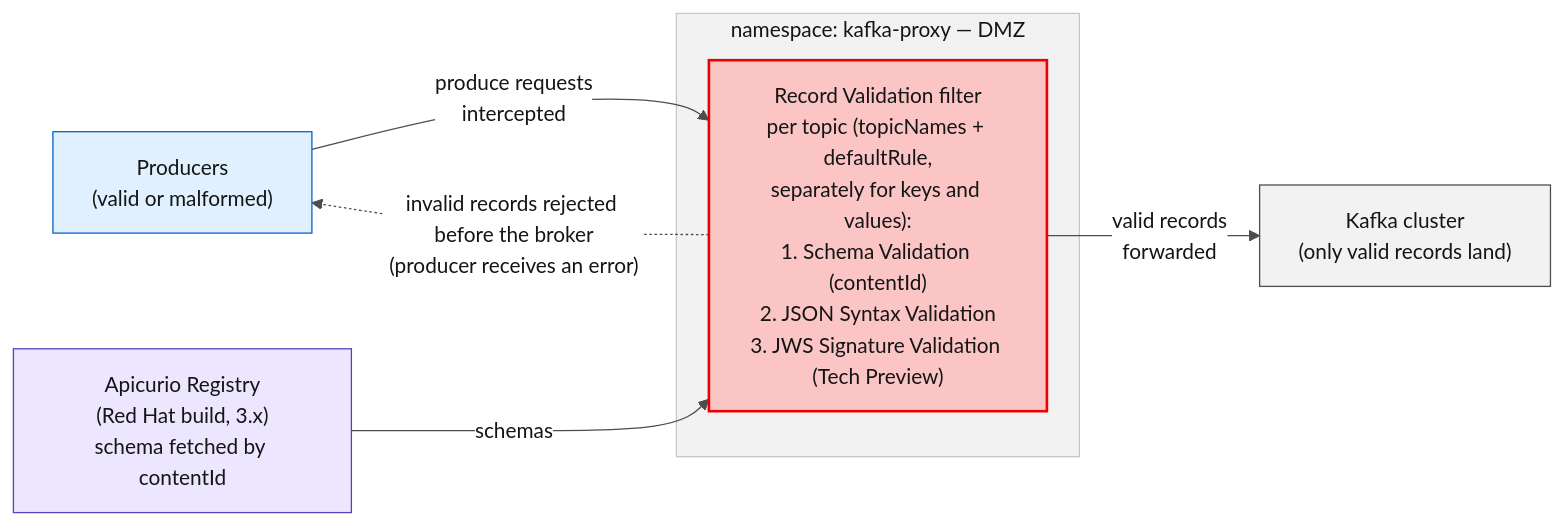
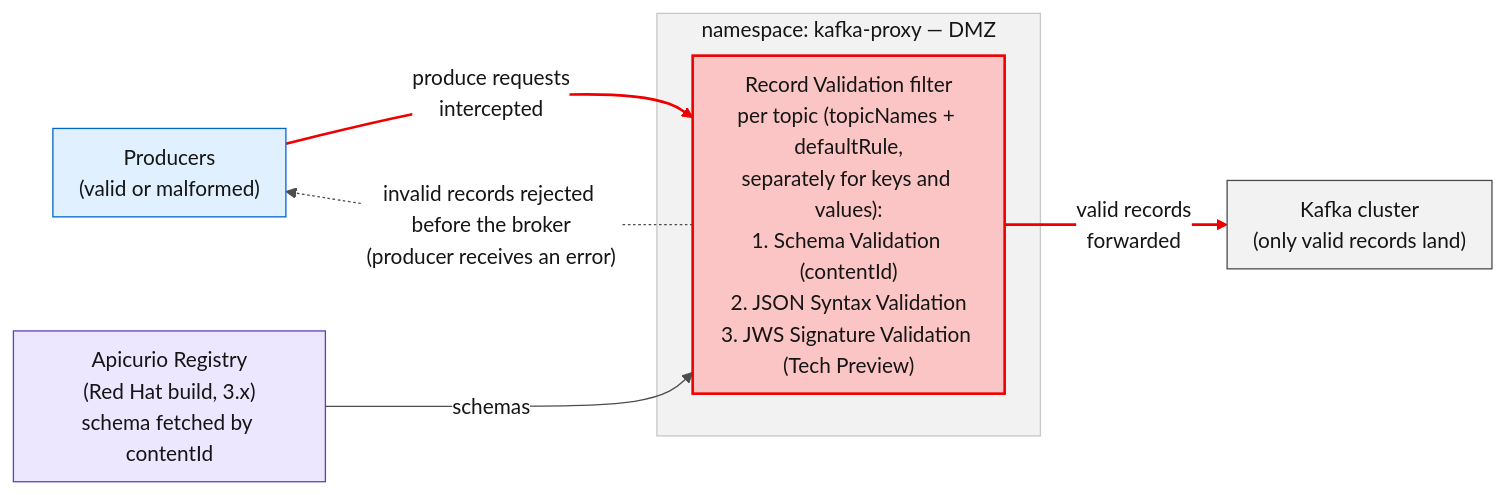
One commit to jcordes73/kafka-proxy-use-cases changed the eighth of 10 diagrams in README.md. Above: the diagram before and after it, drawn with Mermaid. The commit also changed other lines of this file and 11 other files, not shown here.

````diff
--- a/README.md
+++ b/README.md
@@ -404,19 +430,24 @@
 ```mermaid
-%%{init: {"theme":"base","themeVariables":{"fontFamily":"Red Hat Text, Red Hat Display, sans-serif","primaryColor":"#FFFFFF","primaryTextColor":"#151515","primaryBorderColor":"#C7C7C7","lineColor":"#4D4D4D","secondaryColor":"#F2F2F2","tertiaryColor":"#F2F2F2","clusterBkg":"#F2F2F2","clusterBorder":"#C7C7C7","edgeLabelBackground":"#FFFFFF","titleColor":"#151515"},"sequence":{"messageMargin":12,"noteMargin":5,"boxMargin":5,"boxTextMargin":3,"bottomMarginAdj":1,"mirrorActors":false}}}%%
+%%{init: {"theme":"base","themeVariables":{"fontFamily":"Red Hat Text, Red Hat Display, sans-serif","primaryColor":"#FFFFFF","primaryTextColor":"#151515","primaryBorderColor":"#C7C7C7","lineColor":"#4D4D4D","secondaryColor":"#F2F2F2","tertiaryColor":"#F2F2F2","clusterBkg":"#F2F2F2","clusterBorder":"#C7C7C7","edgeLabelBackground":"#FFFFFF","titleColor":"#151515"},"flowchart":{"curve":"basis","nodeSpacing":45,"rankSpacing":55,"padding":10}}}%%
 flowchart LR
     PR["Producers<br/>(valid or malformed)"]
     subgraph proxyNs["namespace: kafka-proxy — DMZ"]
         F["Record Validation filter<br/>per topic (topicNames + defaultRule,<br/>separately for keys and values):<br/>1. Schema Validation (contentId)<br/>2. JSON Syntax Validation<br/>3. JWS Signature Validation (Tech Preview)"]
     end
     AR["Apicurio Registry<br/>(Red Hat build, 3.x)<br/>schema fetched by contentId"]
     BK["Kafka cluster<br/>(only valid records land)"]
     PR -- "produce requests<br/>intercepted" --> F
     AR -- "schemas" --> F
     F -- "valid records<br/>forwarded" --> BK
     F -. "invalid records rejected before the broker<br/>(producer receives an error)" .-> PR
 
-    style F fill:#FBC5C5,stroke:#EE0000,stroke-width:2px
-    style PR fill:#E0F0FF,stroke:#0066CC
-    style BK fill:#F2F2F2,stroke:#4D4D4D
-    style AR fill:#ECE6FF,stroke:#5E40BE
+classDef red fill:#FBC5C5,stroke:#EE0000,stroke-width:2px
+classDef blue fill:#E0F0FF,stroke:#0066CC
+classDef gray fill:#F2F2F2,stroke:#4D4D4D
+classDef purple fill:#ECE6FF,stroke:#5E40BE
+class F red
+class PR blue
+class BK gray
+class AR purple
+linkStyle 0,2 stroke:#EE0000,stroke-width:2px
 ```
````
